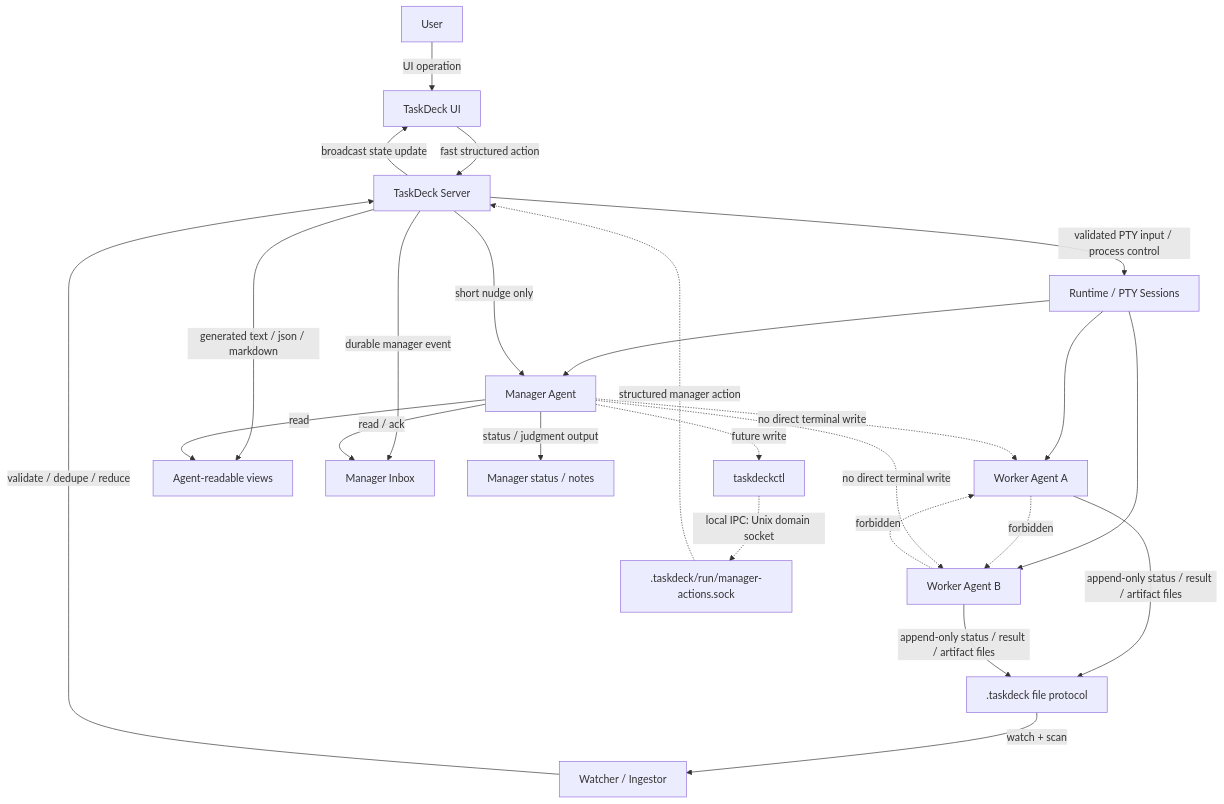
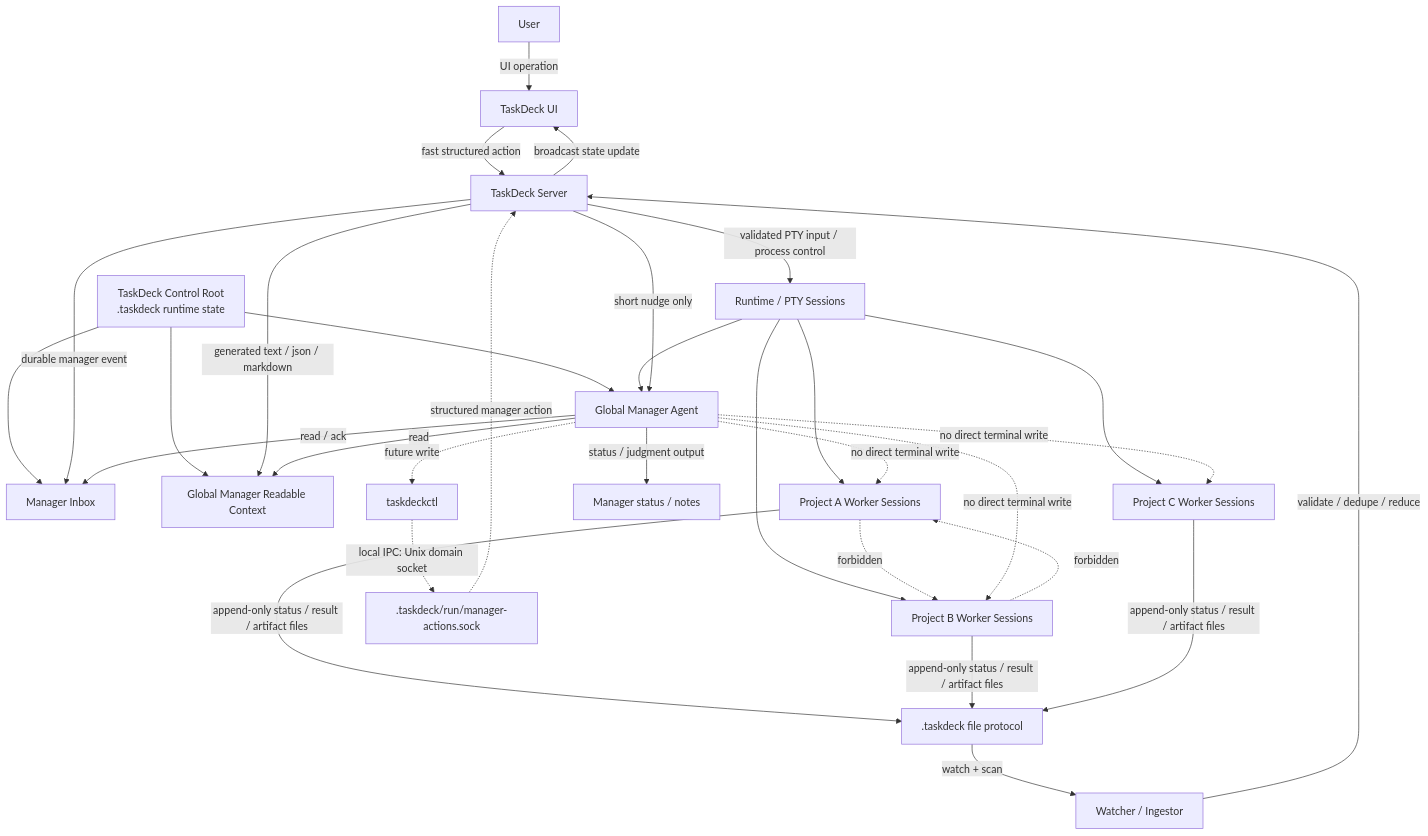
The diagram in docs/taskdeck-actor-protocol.md (hayashikentaro/task-deck), drawn with Mermaid before and after one commit. The commit also changed other lines of this file and 3 other files, not shown here.

Commit message:
Document global manager control root

````diff
--- a/docs/taskdeck-actor-protocol.md
+++ b/docs/taskdeck-actor-protocol.md
@@ -24,35 +24,42 @@
 ```mermaid
 flowchart TD
   User[User] -->|UI operation| UI[TaskDeck UI]
   UI -->|fast structured action| Server[TaskDeck Server]
 
+  ControlRoot[TaskDeck Control Root<br/>.taskdeck runtime state] --> ManagerInbox[Manager Inbox]
+  ControlRoot --> ReadModel[Global Manager Readable Context]
+  ControlRoot --> Manager[Global Manager Agent]
+
   Server -->|validated PTY input / process control| Runtime[Runtime / PTY Sessions]
-  Runtime --> WorkerA[Worker Agent A]
-  Runtime --> WorkerB[Worker Agent B]
-  Runtime --> Manager[Manager Agent]
+  Runtime --> ProjectA[Project A Worker Sessions]
+  Runtime --> ProjectB[Project B Worker Sessions]
+  Runtime --> ProjectC[Project C Worker Sessions]
+  Runtime --> Manager
 
-  WorkerA -->|append-only status / result / artifact files| Files[.taskdeck file protocol]
-  WorkerB -->|append-only status / result / artifact files| Files
+  ProjectA -->|append-only status / result / artifact files| Files[.taskdeck file protocol]
+  ProjectB -->|append-only status / result / artifact files| Files
+  ProjectC -->|append-only status / result / artifact files| Files
 
   Files -->|watch + scan| Ingest[Watcher / Ingestor]
   Ingest -->|validate / dedupe / reduce| Server
 
-  Server -->|generated text / json / markdown| ReadModel[Agent-readable views]
-  Server -->|durable manager event| ManagerInbox[Manager Inbox]
+  Server -->|generated text / json / markdown| ReadModel
+  Server -->|durable manager event| ManagerInbox
   Server -->|short nudge only| Manager
 
   Manager -->|read| ReadModel
   Manager -->|read / ack| ManagerInbox
   Manager -->|status / judgment output| ManagerOutput[Manager status / notes]
 
   Manager -. future write .-> Taskdeckctl[taskdeckctl]
   Taskdeckctl -. local IPC: Unix domain socket .-> Socket[.taskdeck/run/manager-actions.sock]
   Socket -. structured manager action .-> Server
 
   Server -->|broadcast state update| UI
 
-  WorkerA -. forbidden .-> WorkerB
-  WorkerB -. forbidden .-> WorkerA
-  Manager -. no direct terminal write .-> WorkerA
-  Manager -. no direct terminal write .-> WorkerB
+  ProjectA -. forbidden .-> ProjectB
+  ProjectB -. forbidden .-> ProjectA
+  Manager -. no direct terminal write .-> ProjectA
+  Manager -. no direct terminal write .-> ProjectB
+  Manager -. no direct terminal write .-> ProjectC
 ```
````
